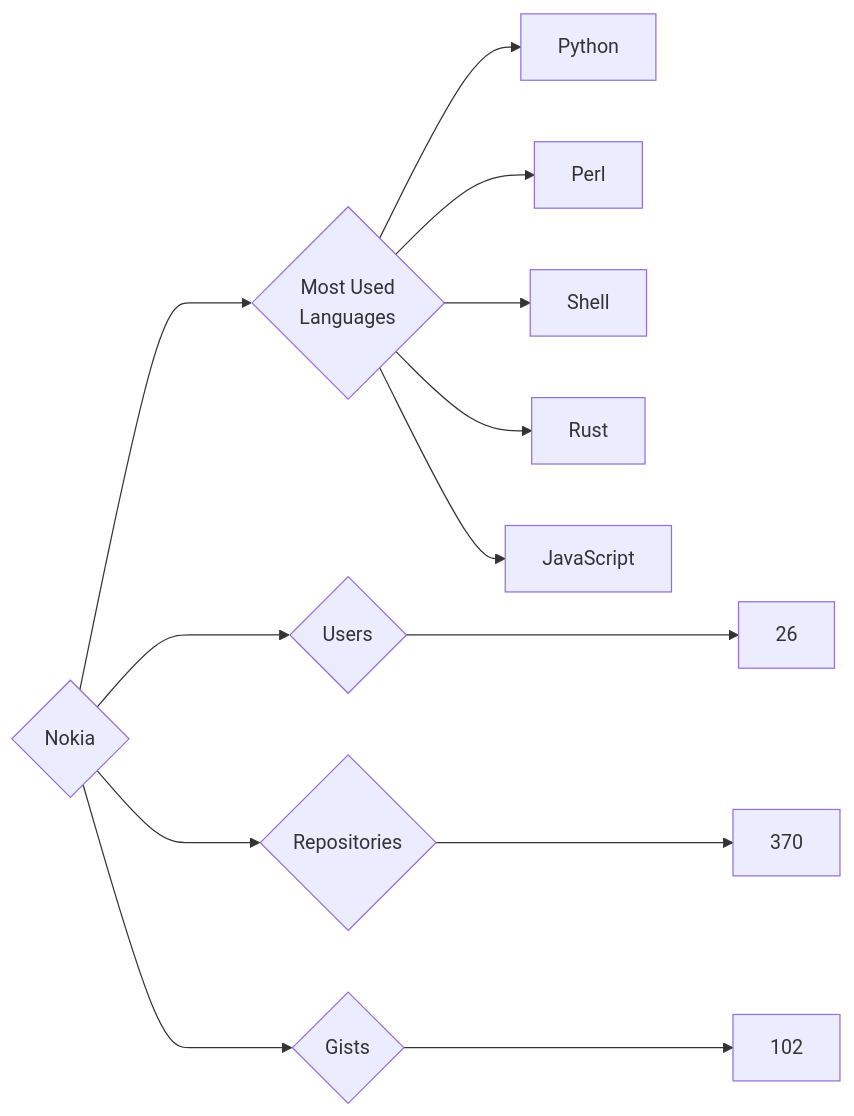
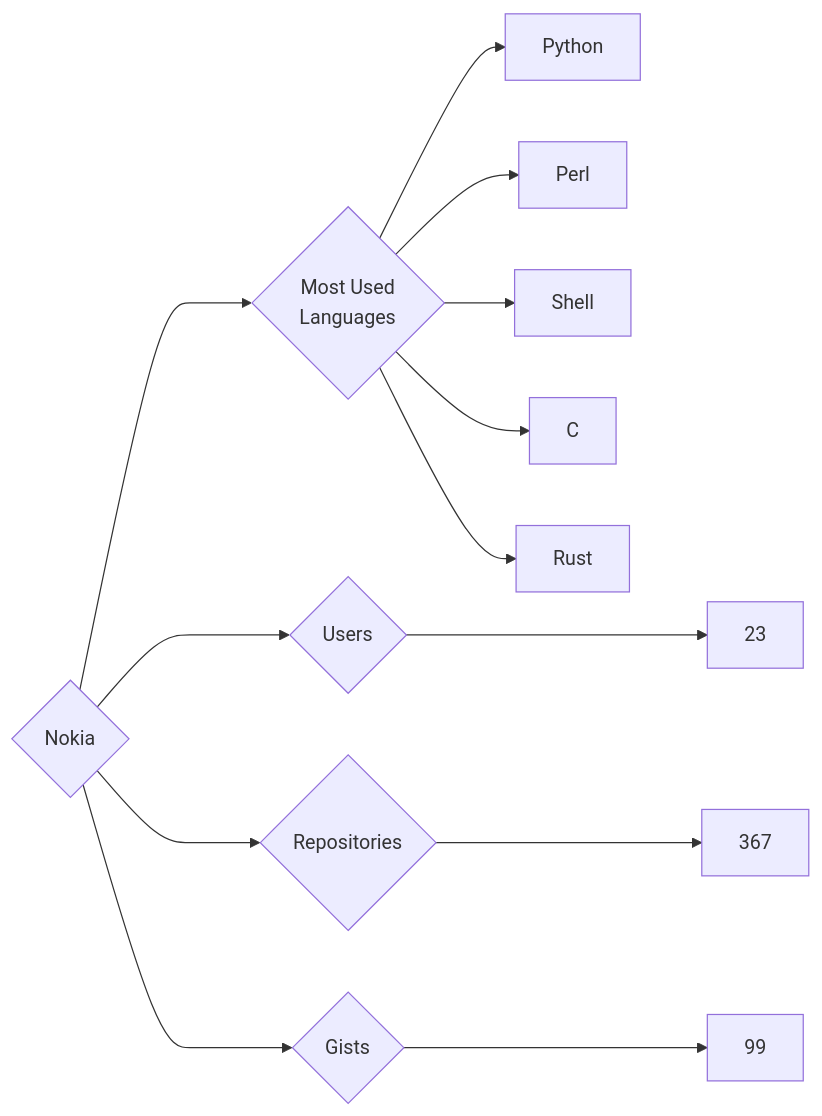
One commit to trickest/insiders changed the diagram in targets/Nokia/README.md. Above: the diagram before and after it, drawn with Mermaid. The commit also changed 1479 other files, not shown here.

````diff
--- a/targets/Nokia/README.md
+++ b/targets/Nokia/README.md
@@ -3,13 +3,13 @@
 ```mermaid
 graph LR
 COMPANY_NAME{Nokia}
-COMPANY_NAME ---> U{Users} ---> UN[26]
-COMPANY_NAME ---> R{Repositories} ---> RN[370]
-COMPANY_NAME ---> G{Gists} ---> GN[102]
+COMPANY_NAME ---> U{Users} ---> UN[23]
+COMPANY_NAME ---> R{Repositories} ---> RN[367]
+COMPANY_NAME ---> G{Gists} ---> GN[99]
 COMPANY_NAME ---> ML{Most Used<br>Languages}
 ML --> Python[Python]
 ML --> Perl[Perl]
 ML --> Shell[Shell]
+ML --> C[C]
 ML --> Rust[Rust]
-ML --> JavaScript[JavaScript]
 ```
````
